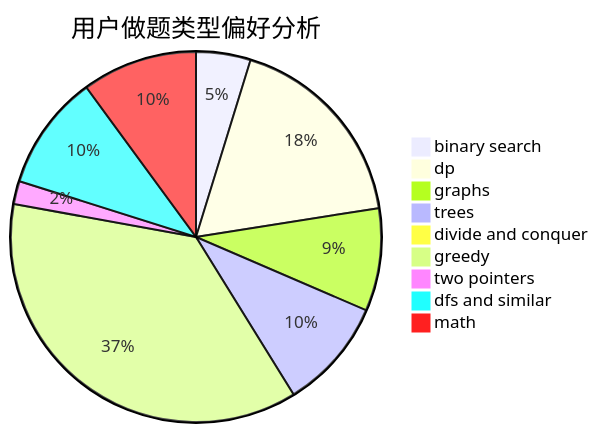
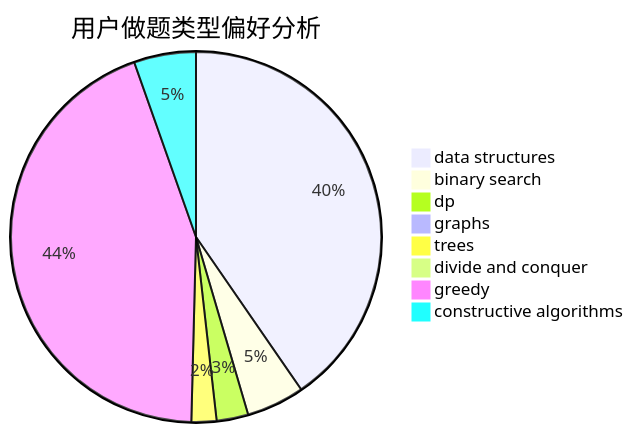
The second of 3 diagrams in docs/user/u1182.md (sherpahu/cfrs.github.io), drawn with Mermaid before and after one commit. The commit also changed other lines of this file and 2775 other files, not shown here.

````diff
--- a/docs/user/u1182.md
+++ b/docs/user/u1182.md
@@ -23,12 +23,11 @@
 ```mermaid
 pie title 用户做题类型偏好分析
-    "binary search" :  52
-    "dp" :  194
-    "graphs" :  98
-    "trees" :  106
+    "data structures" :  351
+    "binary search" :  44
+    "dp" :  24
+    "graphs" :  2
+    "trees" :  19
     "divide and conquer" :  0
-    "greedy" :  401
-    "two pointers" :  22
-    "dfs and similar" :  110
-    "math" :  110
+    "greedy" :  384
+    "constructive algorithms" :  47
 ```
````
